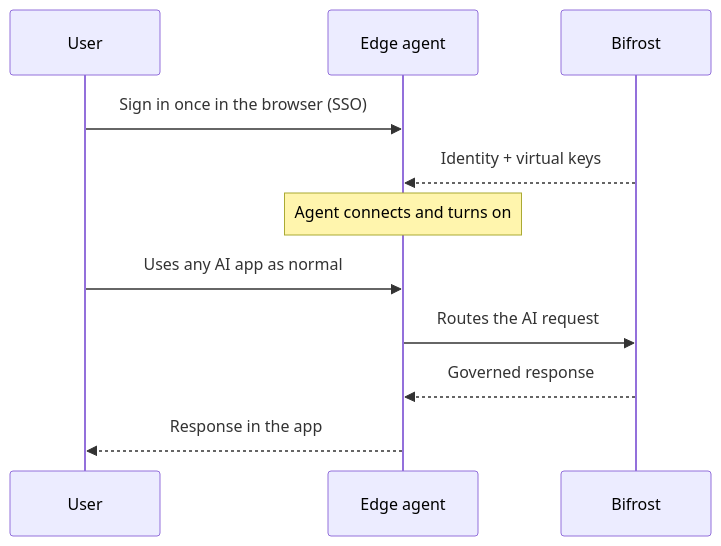
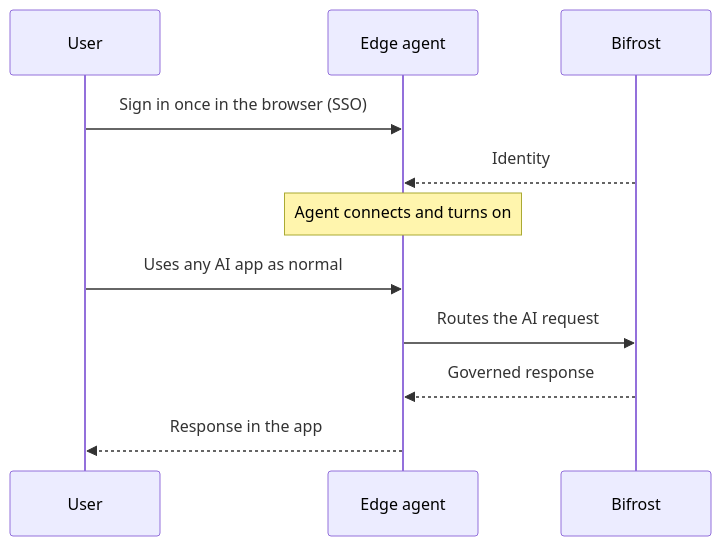
The diagram in docs/edge/how-it-works.mdx (viasoftkorp/bifrost), drawn with Mermaid before and after one commit. The commit also changed other lines of this file and 7 other files, not shown here.

````diff
--- a/docs/edge/how-it-works.mdx
+++ b/docs/edge/how-it-works.mdx
@@ -9,13 +9,13 @@
 ```mermaid
 sequenceDiagram
     participant U as User
     participant E as Edge agent
     participant B as Bifrost
     U->>E: Sign in once in the browser (SSO)
-    B-->>E: Identity + virtual keys
+    B-->>E: Identity
     Note over E: Agent connects and turns on
     U->>E: Uses any AI app as normal
     E->>B: Routes the AI request
     B-->>E: Governed response
     E-->>U: Response in the app
 ```
````
